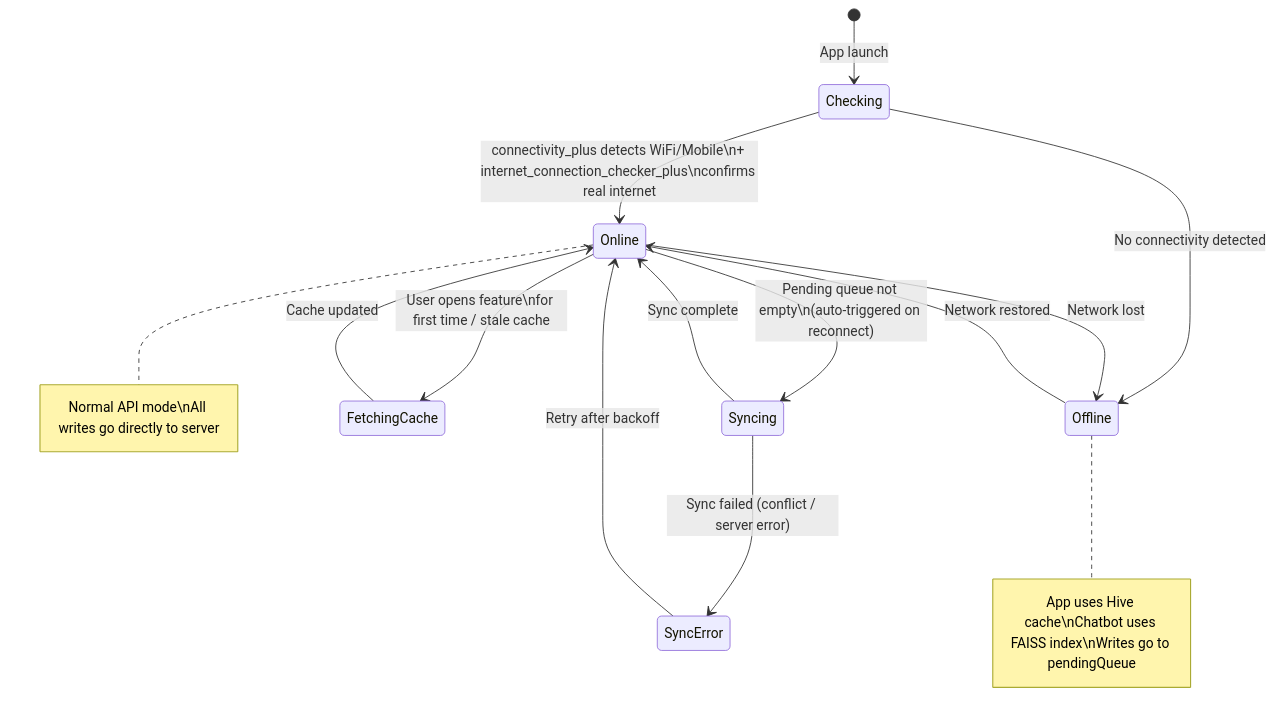
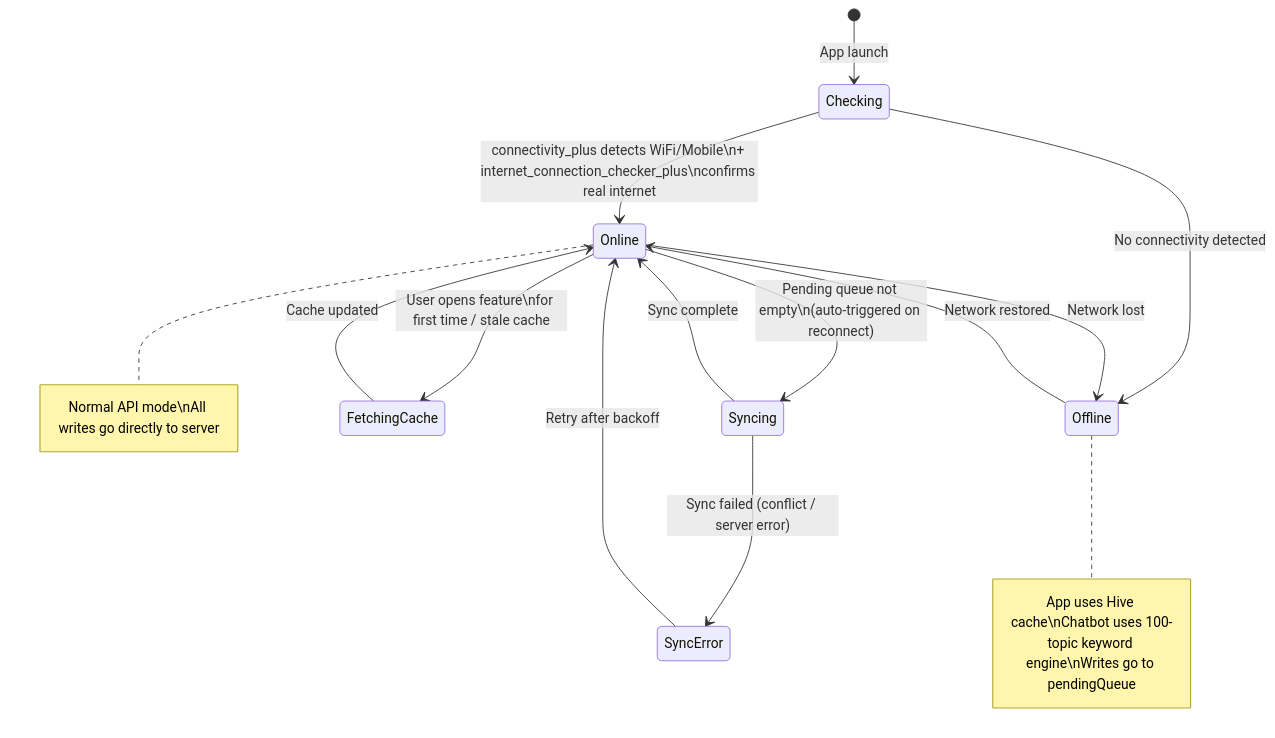
Diagram 19 of 28 in README.md (SKS-650/AI-Healthcare-Assistant-for-Rular-Areas), drawn with Mermaid before and after one commit. The commit also changed other lines of this file and 18 other files, not shown here.

````diff
--- a/README.md
+++ b/README.md
@@ -2343,20 +2347,20 @@
 ```mermaid
 stateDiagram-v2
     [*] --> Checking : App launch
     Checking --> Online : connectivity_plus detects WiFi/Mobile\n+ internet_connection_checker_plus\nconfirms real internet
     Checking --> Offline : No connectivity detected
 
     Online --> Offline : Network lost
     Offline --> Online : Network restored
 
     Online --> Syncing : Pending queue not empty\n(auto-triggered on reconnect)
     Syncing --> Online : Sync complete
     Syncing --> SyncError : Sync failed (conflict / server error)
     SyncError --> Online : Retry after backoff
 
     Online --> FetchingCache : User opens feature\nfor first time / stale cache
     FetchingCache --> Online : Cache updated
 
-    note right of Offline : App uses Hive cache\nChatbot uses FAISS index\nWrites go to pendingQueue
+    note right of Offline : App uses Hive cache\nChatbot uses 100-topic keyword engine\nWrites go to pendingQueue
     note right of Online : Normal API mode\nAll writes go directly to server
 ```
````
